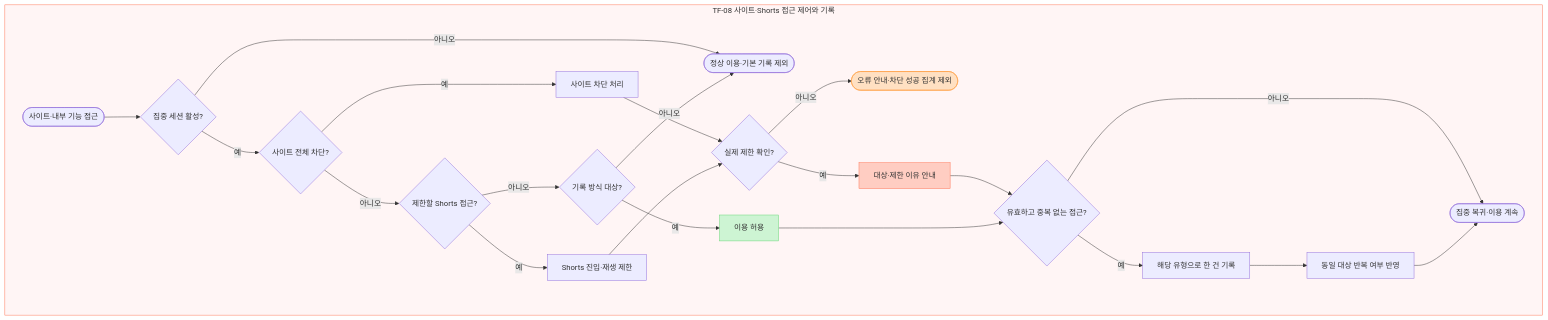
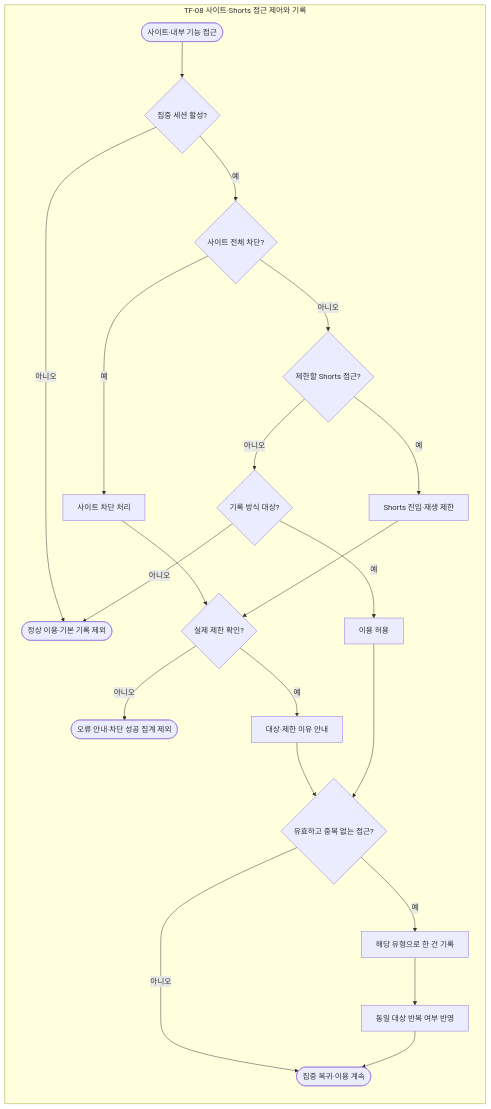
One commit to kdu-sw-capstone/capstone-project changed the eighth of 13 diagrams in docs/design/01_UX_기능설계/FOCURVE_Task_Flow_v1.0.md. Above: the diagram before and after it, drawn with Mermaid. The commit also changed other lines of this file and 34 other files, not shown here.

````diff
--- a/docs/design/01_UX_기능설계/FOCURVE_Task_Flow_v1.0.md
+++ b/docs/design/01_UX_기능설계/FOCURVE_Task_Flow_v1.0.md
@@ -479,44 +454,41 @@
 ```mermaid
 flowchart TB
 subgraph taskEight["TF-08 사이트·Shorts 접근 제어와 기록"]
+    direction TB
 accessStart(["사이트·내부 기능 접근"])
 accessActive{"집중 세션 활성?"}
 accessSite{"사이트 전체 차단?"}
 accessBlock["사이트 차단 처리"]
 accessFeature{"제한할 Shorts 접근?"}
 accessShorts["Shorts 진입·재생 제한"]
 accessConfirmed{"실제 제한 확인?"}
 accessFail(["오류 안내·차단 성공 집계 제외"])
 accessNotice["대상·제한 이유 안내"]
 accessRecord{"기록 방식 대상?"}
 accessAllowed["이용 허용"]
 accessNormal(["정상 이용·기본 기록 제외"])
 accessValid{"유효하고 중복 없는 접근?"}
 accessSave["해당 유형으로 한 건 기록"]
 accessRepeat["동일 대상 반복 여부 반영"]
 accessReturn(["집중 복귀·이용 계속"])
 accessStart --> accessActive
 accessActive -->|"아니오"| accessNormal
 accessActive -->|"예"| accessSite
 accessSite -->|"예"| accessBlock
 accessSite -->|"아니오"| accessFeature
 accessBlock --> accessConfirmed
 accessFeature -->|"예"| accessShorts
 accessShorts --> accessConfirmed
 accessConfirmed -->|"아니오"| accessFail
 accessConfirmed -->|"예"| accessNotice
 accessNotice --> accessValid
 accessFeature -->|"아니오"| accessRecord
 accessRecord -->|"아니오"| accessNormal
 accessRecord -->|"예"| accessAllowed
 accessAllowed --> accessValid
 accessValid -->|"아니오"| accessReturn
 accessValid -->|"예"| accessSave
 accessSave --> accessRepeat
 accessRepeat --> accessReturn
 end
-style taskEight fill:#FFF5F5,stroke:#FF7556
-style accessNotice fill:#FFCDC2,stroke:#FF7556
-style accessFail fill:#FFE0C2,stroke:#FF9E42
-style accessAllowed fill:#CDF4D3,stroke:#66D575
 ```
````
